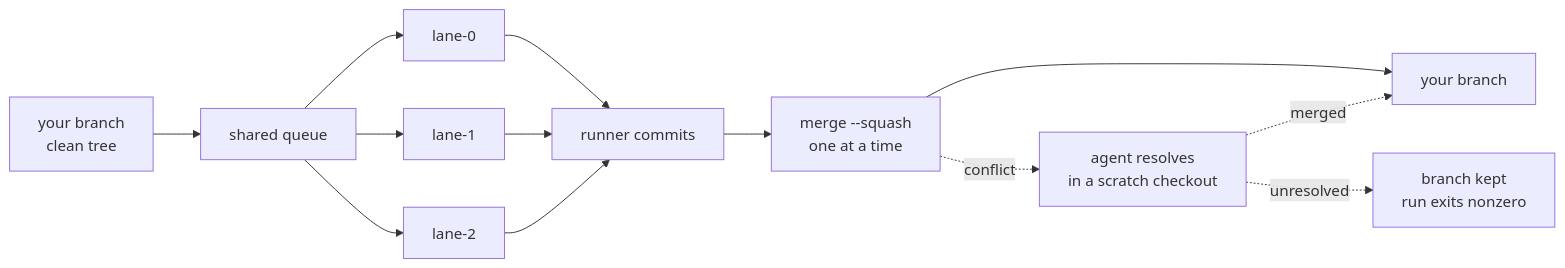
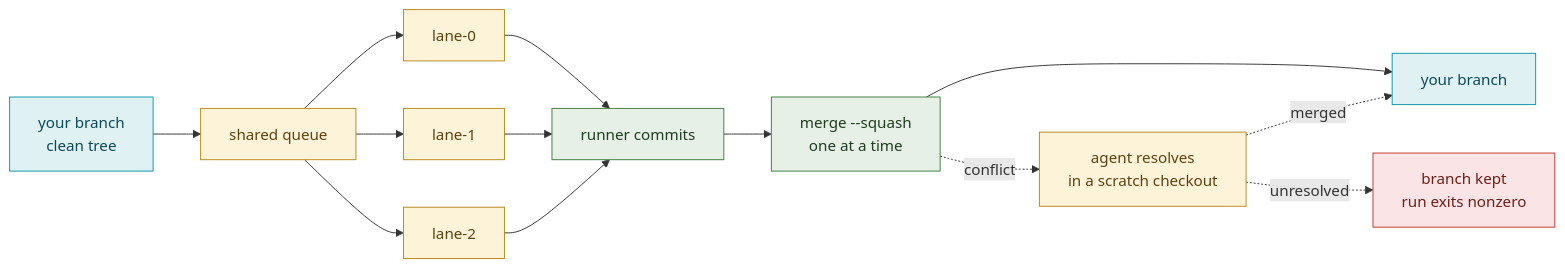
The diagram in README.md (maci0/gauntlet), drawn with Mermaid before and after one commit. The commit also changed 5 other files, not shown here.

````diff
--- a/README.md
+++ b/README.md
@@ -220,15 +220,23 @@
 ```mermaid
 flowchart LR
     T[your branch<br/>clean tree] --> S[shared queue]
     S --> L0[lane-0]
     S --> L1[lane-1]
     S --> L2[lane-2]
     L0 --> C[runner commits]
     L1 --> C
     L2 --> C
     C --> M[merge --squash<br/>one at a time]
     M --> T2[your branch]
     M -. conflict .-> R[agent resolves<br/>in a scratch checkout]
     R -. merged .-> T2
     R -. unresolved .-> K[branch kept<br/>run exits nonzero]
+    classDef tree fill:#e0f1f4,stroke:#0e96a8,color:#0b4a55
+    classDef work fill:#fdf3d9,stroke:#b8891b,color:#5c4210
+    classDef step fill:#e6f0e6,stroke:#3f7d3f,color:#1f3d1f
+    classDef fail fill:#fbe4e6,stroke:#c0392b,color:#6b1f18
+    class T,T2 tree
+    class S,L0,L1,L2,R work
+    class C,M step
+    class K fail
 ```
````
